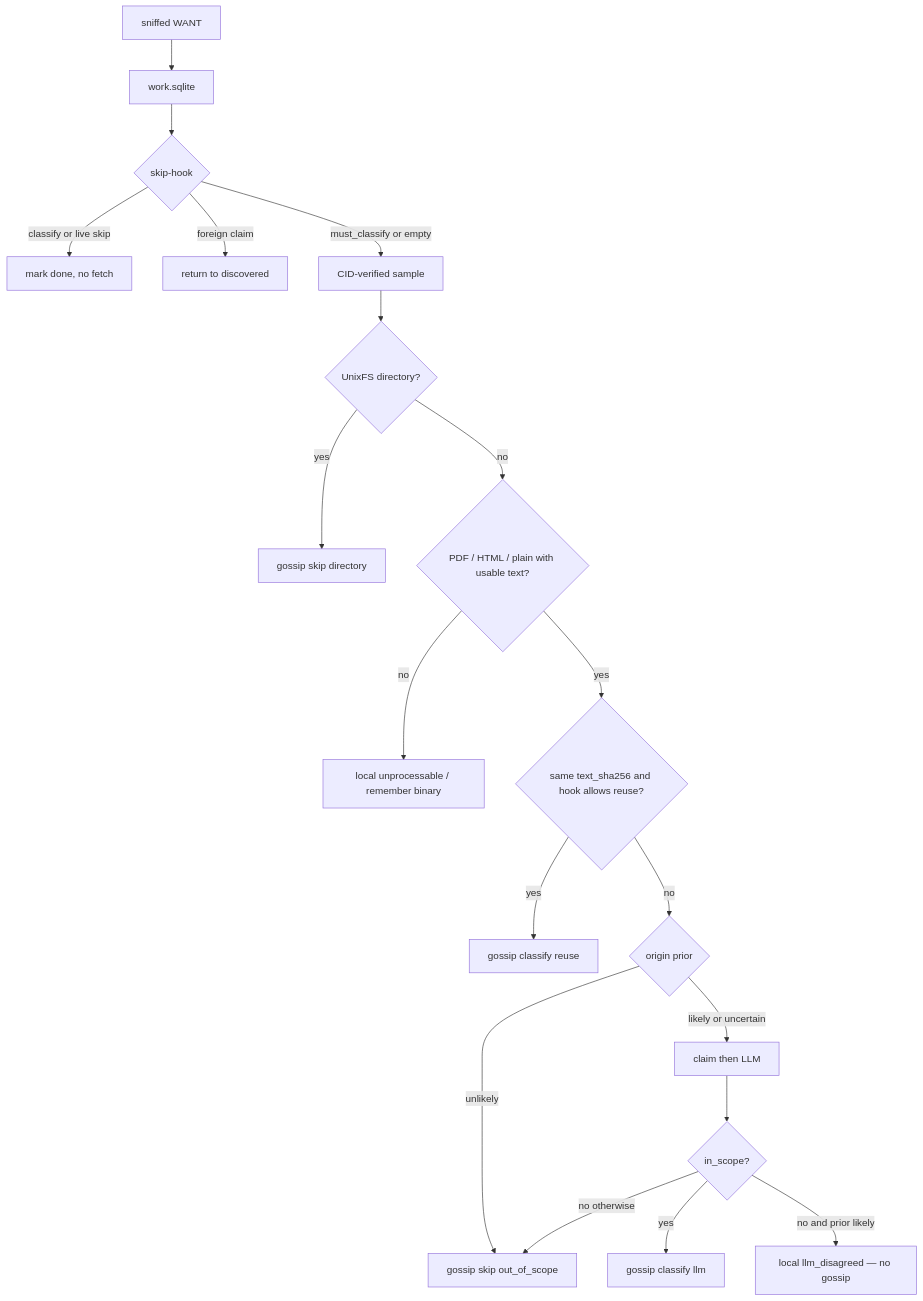
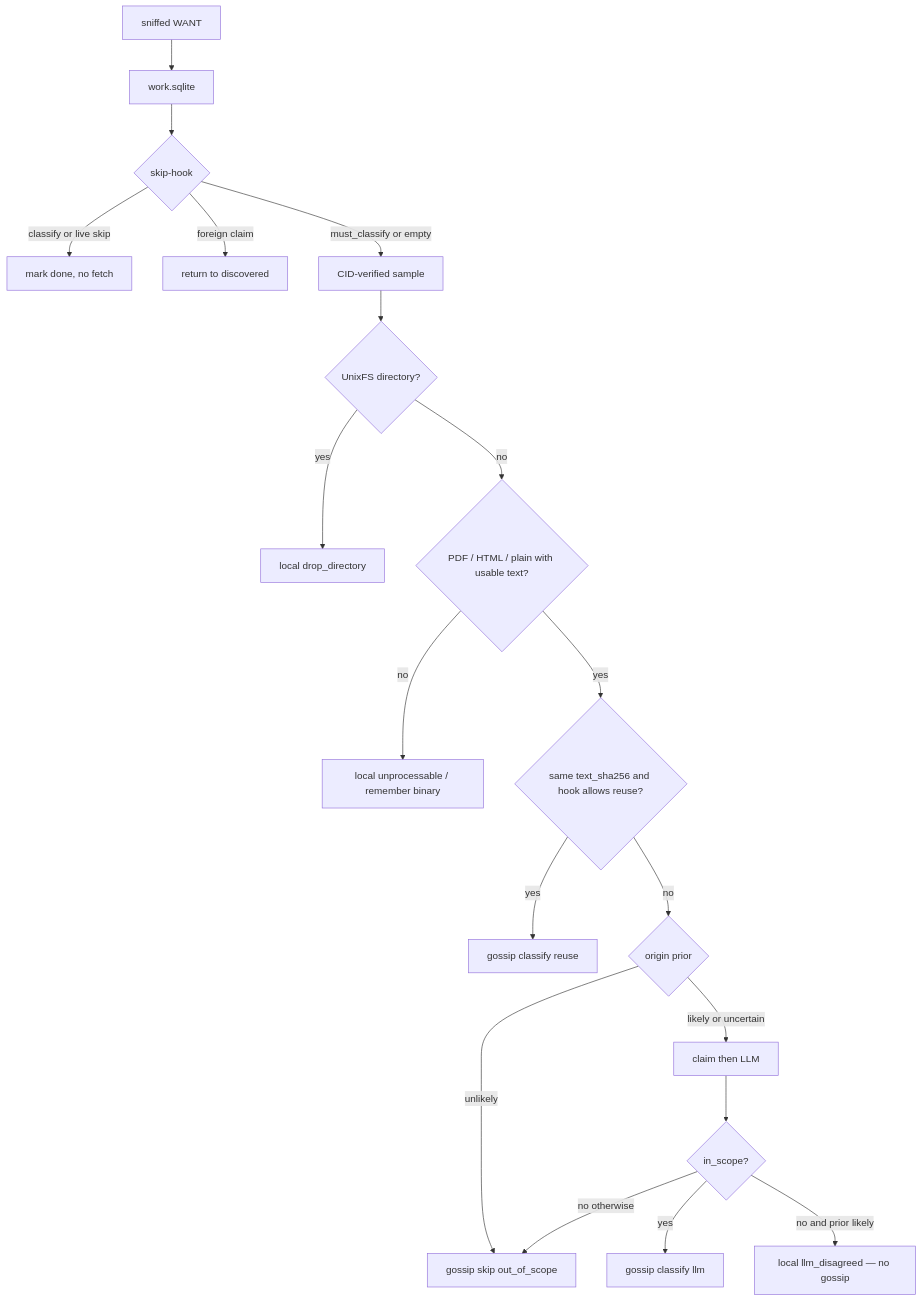
One commit to ihlec/IPFS-Observer-Club changed the third of 4 diagrams in docs/OVERVIEW.md. Above: the diagram before and after it, drawn with Mermaid. The commit also changed other lines of this file and 6 other files, not shown here.

````diff
--- a/docs/OVERVIEW.md
+++ b/docs/OVERVIEW.md
@@ -197,21 +199,21 @@
 ```mermaid
 flowchart TD
   want[sniffed WANT] --> q[work.sqlite]
   q --> hook{skip-hook}
   hook -->|classify or live skip| stop[mark done, no fetch]
   hook -->|foreign claim| wait[return to discovered]
   hook -->|must_classify or empty| fetch[CID-verified sample]
   fetch --> dir{UnixFS directory?}
-  dir -->|yes| gdir["gossip skip directory"]
+  dir -->|yes| gdir["local drop_directory"]
   dir -->|no| mime{PDF / HTML / plain with usable text?}
   mime -->|no| loc["local unprocessable / remember binary"]
   mime -->|yes| fp{same text_sha256 and hook allows reuse?}
   fp -->|yes| reuse["gossip classify reuse"]
   fp -->|no| prior{origin prior}
   prior -->|unlikely| gscope["gossip skip out_of_scope"]
   prior -->|likely or uncertain| claim["claim then LLM"]
   claim --> inscope{in_scope?}
   inscope -->|yes| gclass["gossip classify llm"]
   inscope -->|no and prior likely| quiet["local llm_disagreed — no gossip"]
   inscope -->|no otherwise| gscope
 ```
````
